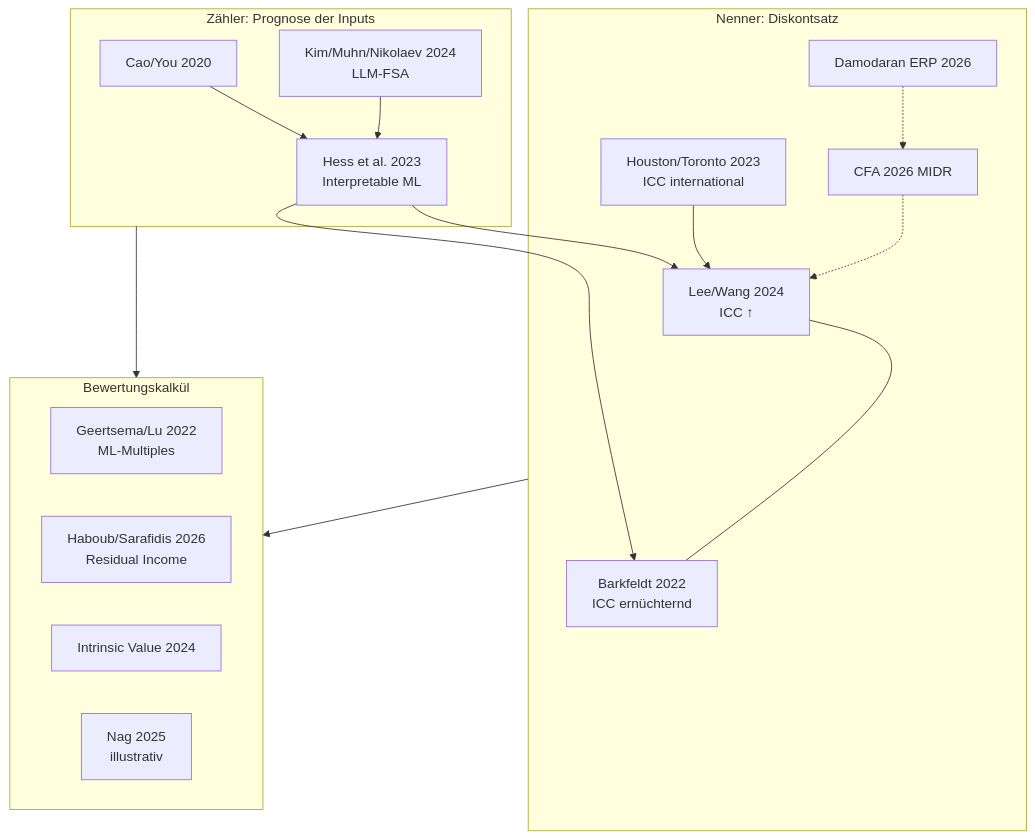
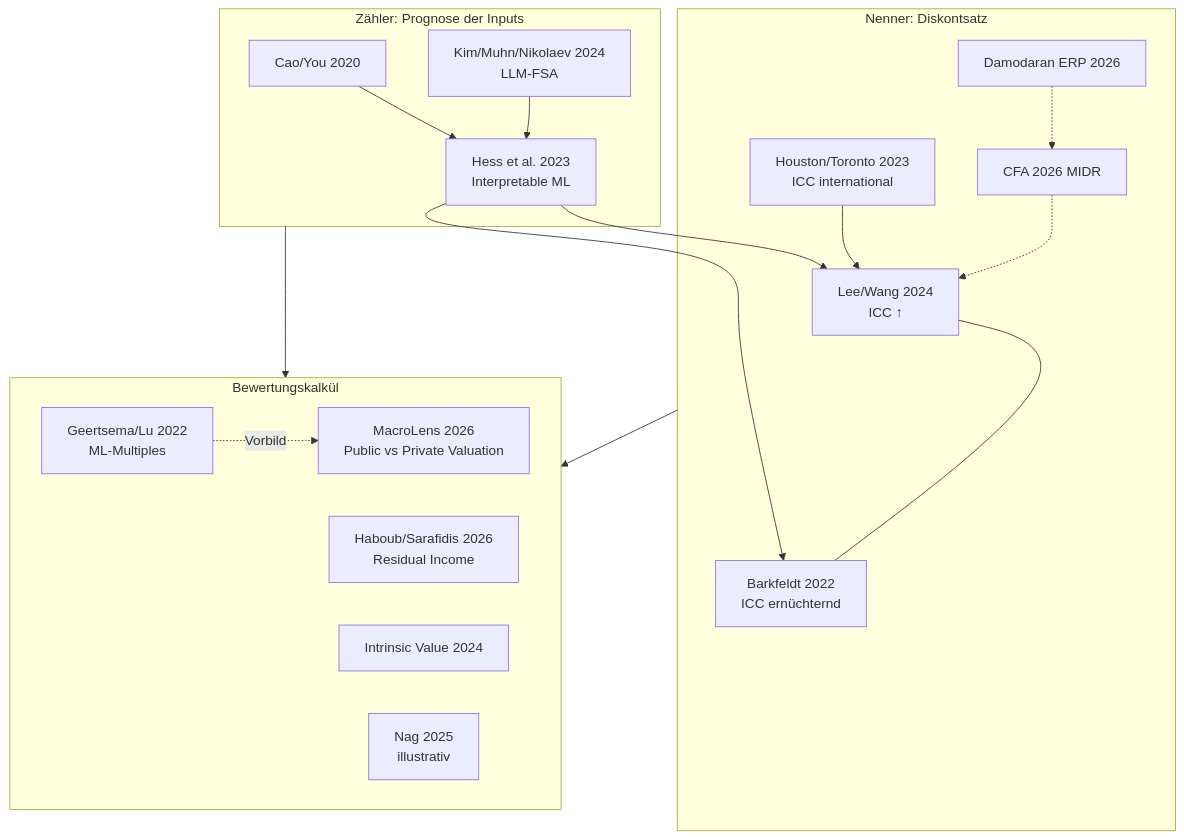
One commit to raulschalkwu/FinanceBenchmarking changed the diagram in 12 Literature Maps/Valuation Literature Map.md. Above: the diagram before and after it, drawn with Mermaid. The commit also changed other lines of this file and 13 other files, not shown here.

````diff
--- a/12 Literature Maps/Valuation Literature Map.md
+++ b/12 Literature Maps/Valuation Literature Map.md
@@ -8,23 +8,25 @@
 ```mermaid
 graph TD
   subgraph Inputs["Zähler: Prognose der Inputs"]
     CY["Cao/You 2020"] --> HESS["Hess et al. 2023<br>Interpretable ML"]
     KMN["Kim/Muhn/Nikolaev 2024<br>LLM-FSA"] --> HESS
   end
   subgraph Nenner["Nenner: Diskontsatz"]
     HESS --> LW["Lee/Wang 2024<br>ICC ↑"]
     HESS --> BARK["Barkfeldt 2022<br>ICC ernüchternd"]
     LW --- BARK
     HT["Houston/Toronto 2023<br>ICC international"] --> LW
     MIDR["CFA 2026 MIDR"] -.-> LW
     DAMO["Damodaran ERP 2026"] -.-> MIDR
   end
   subgraph Wert["Bewertungskalkül"]
     GL["Geertsema/Lu 2022<br>ML-Multiples"]
     HS["Haboub/Sarafidis 2026<br>Residual Income"]
     IV["Intrinsic Value 2024"]
     NAG["Nag 2025<br>illustrativ"]
+    ML["MacroLens 2026<br>Public vs Private Valuation"]
   end
   Inputs --> Wert
   Nenner --> Wert
+  GL -.Vorbild.-> ML
 ```
````
